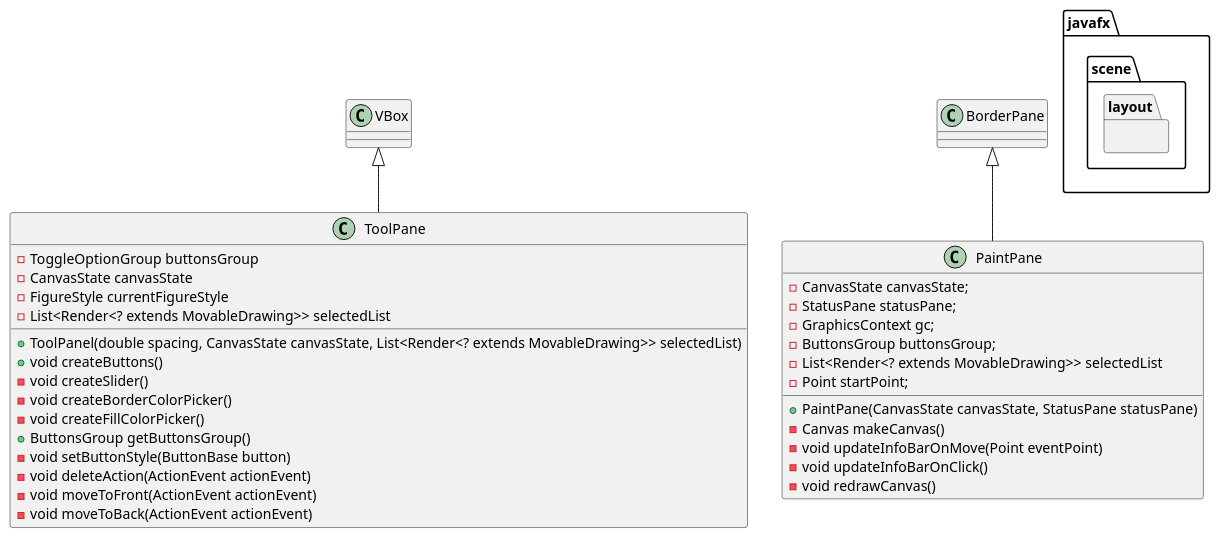
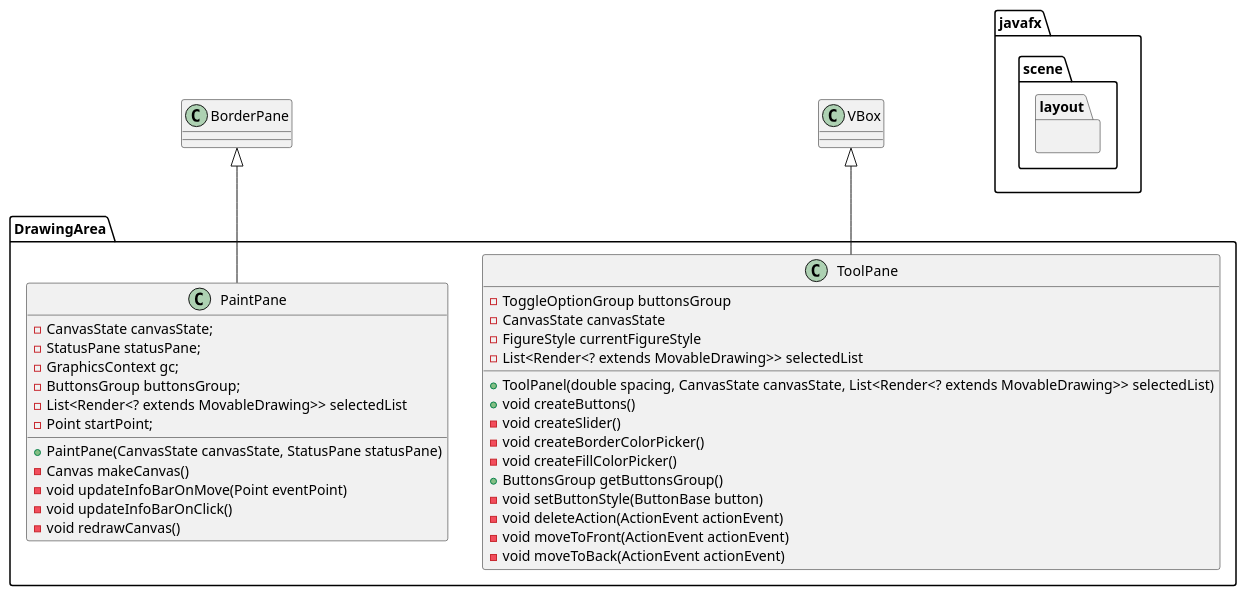
One commit to camilaDiToro/PAINT-TP-FINAL-POO changed the diagram in src/main/java/frontend/UML's/DrawingArea.puml. Above: the diagram before and after it, drawn with PlantUML. The commit also changed 10 other files, not shown here.

```diff
--- a/src/main/java/frontend/UML's/DrawingArea.puml
+++ b/src/main/java/frontend/UML's/DrawingArea.puml
@@ -1,41 +1,43 @@
 @startuml
 'https://plantuml.com/sequence-diagram
 
+package DrawingArea{
+
 class ToolPane {
-
     - ToggleOptionGroup buttonsGroup
     - CanvasState canvasState
     - FigureStyle currentFigureStyle
     - List<Render<? extends MovableDrawing>> selectedList
 
     + ToolPanel(double spacing, CanvasState canvasState, List<Render<? extends MovableDrawing>> selectedList)
     + void createButtons()
     - void createSlider()
     - void createBorderColorPicker()
     - void createFillColorPicker()
     + ButtonsGroup getButtonsGroup()
     - void setButtonStyle(ButtonBase button)
     - void deleteAction(ActionEvent actionEvent)
     - void moveToFront(ActionEvent actionEvent)
     - void moveToBack(ActionEvent actionEvent)
 }
 
 class PaintPane {
     -CanvasState canvasState;
     - StatusPane statusPane;
     - GraphicsContext gc;
     - ButtonsGroup buttonsGroup;
     - List<Render<? extends MovableDrawing>> selectedList
     - Point startPoint;
     + PaintPane(CanvasState canvasState, StatusPane statusPane)
     - Canvas makeCanvas()
     - void updateInfoBarOnMove(Point eventPoint)
     - void updateInfoBarOnClick()
     - void redrawCanvas()
 }
+}
 
 package javafx.scene.layout {
     .BorderPane <|-- PaintPane
     .VBox <|-- ToolPane
 }
 @enduml
```
